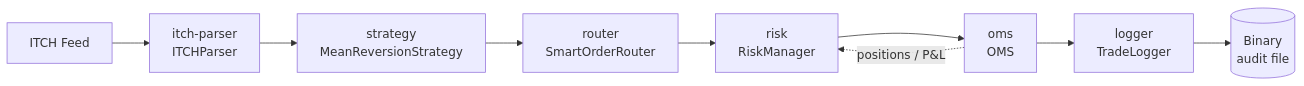
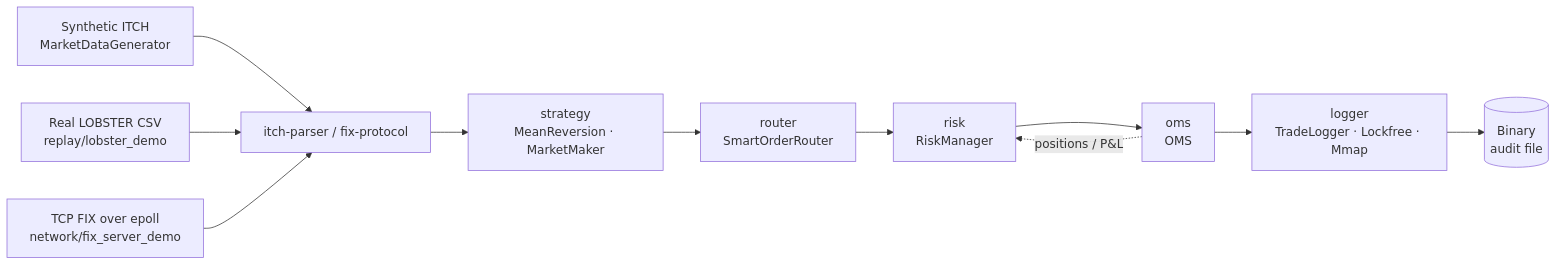
Before and after one commit to kanar11/hft-infra-lab: the diagram in README.md, drawn with Mermaid. The commit also changed other lines of this file and 1 other file, not shown here.

First line of the commit message:
docs(readme): refresh Modules table + mermaid for everything added recently

````diff
--- a/README.md
+++ b/README.md
@@ -42,14 +42,19 @@
 ```mermaid
 flowchart LR
-    Feed[ITCH Feed]
-    Parser[itch-parser<br/>ITCHParser]
-    Strategy[strategy<br/>MeanReversionStrategy]
+    SynthFeed[Synthetic ITCH<br/>MarketDataGenerator]
+    LobsterFeed[Real LOBSTER CSV<br/>replay/lobster_demo]
+    TCPFeed[TCP FIX over epoll<br/>network/fix_server_demo]
+    Parser[itch-parser / fix-protocol]
+    Strategy[strategy<br/>MeanReversion · MarketMaker]
     Router[router<br/>SmartOrderRouter]
     Risk[risk<br/>RiskManager]
     OMS[oms<br/>OMS]
-    Logger[logger<br/>TradeLogger]
+    Logger[logger<br/>TradeLogger · Lockfree · Mmap]
     Audit[(Binary<br/>audit file)]
 
-    Feed --> Parser --> Strategy --> Router --> Risk --> OMS --> Logger --> Audit
+    SynthFeed   --> Parser
+    LobsterFeed --> Parser
+    TCPFeed     --> Parser
+    Parser --> Strategy --> Router --> Risk --> OMS --> Logger --> Audit
     OMS -. positions / P&L .-> Risk
 ```
````
